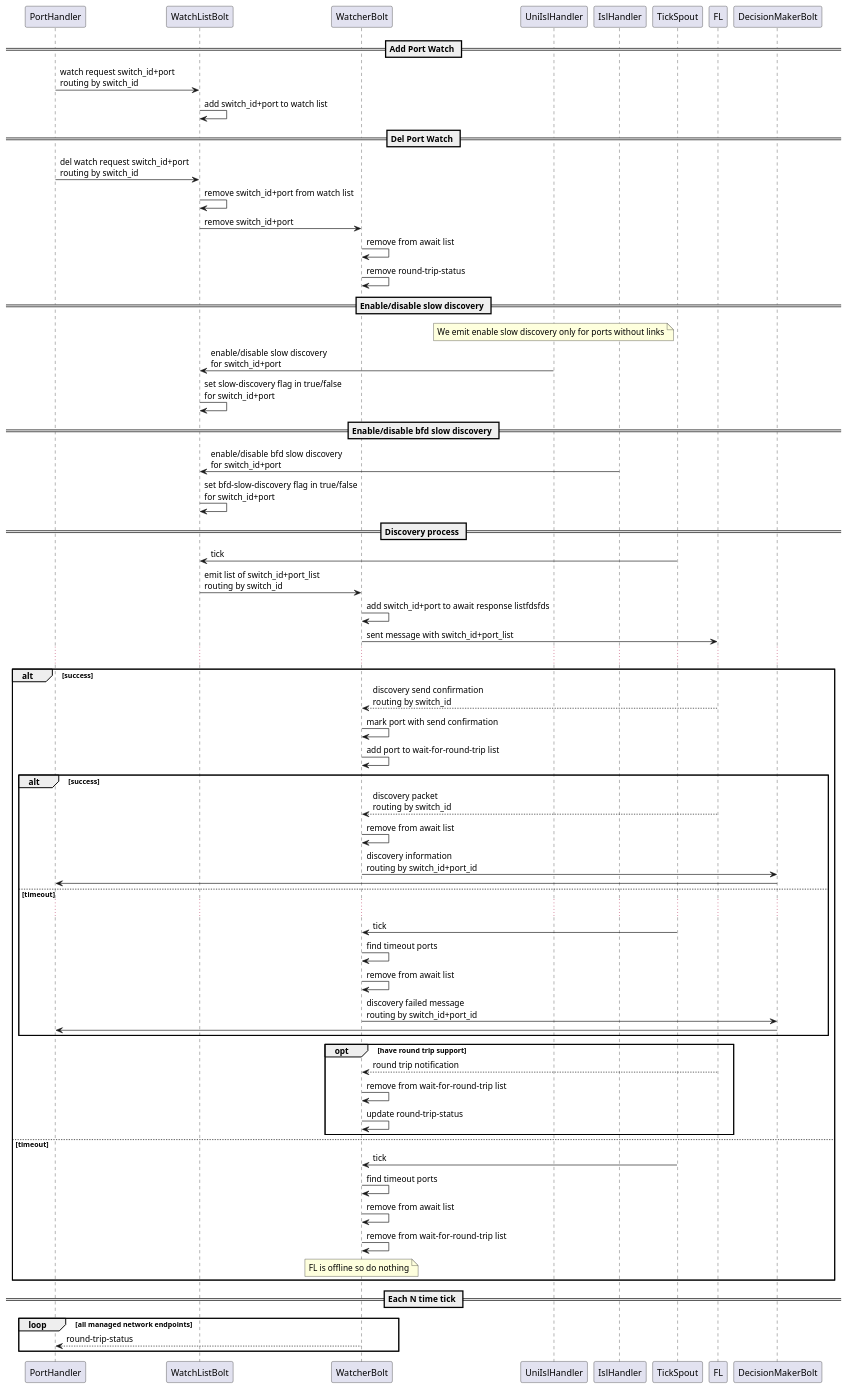
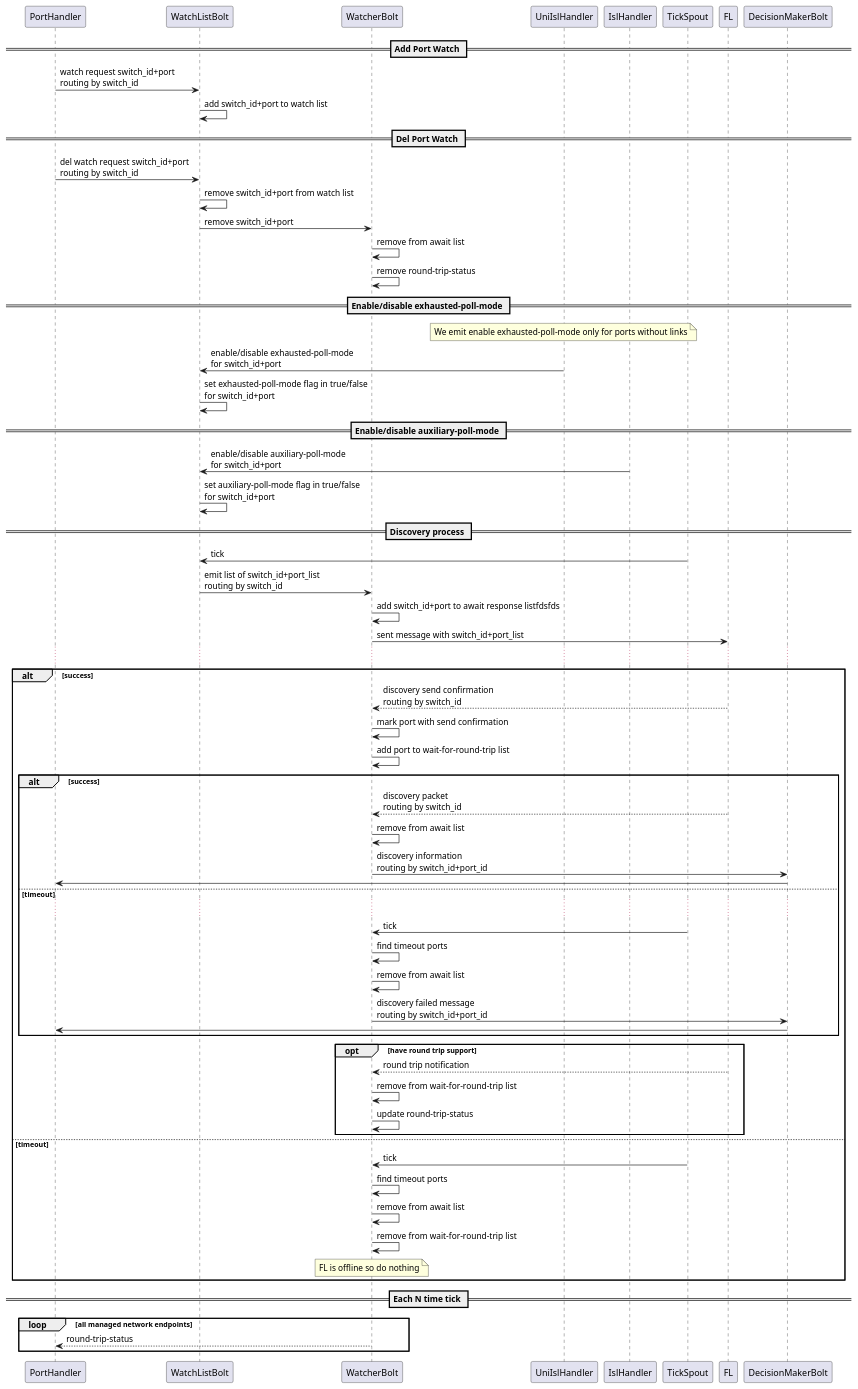
The diagram in docs/design/network-discovery/discovery-sequence.puml (telstra/open-kilda), drawn with PlantUML before and after one commit. The commit also changed 7 other files, not shown here.

```diff
--- a/docs/design/network-discovery/discovery-sequence.puml
+++ b/docs/design/network-discovery/discovery-sequence.puml
@@ -1,72 +1,72 @@
 @startuml
 
 == Add Port Watch ==
 PortHandler -> WatchListBolt: watch request switch_id+port\nrouting by switch_id
 WatchListBolt -> WatchListBolt: add switch_id+port to watch list
 
 == Del Port Watch ==
 PortHandler -> WatchListBolt: del watch request switch_id+port\nrouting by switch_id
 WatchListBolt -> WatchListBolt: remove switch_id+port from watch list
 WatchListBolt -> WatcherBolt: remove switch_id+port
 WatcherBolt -> WatcherBolt: remove from await list
 WatcherBolt -> WatcherBolt: remove round-trip-status
 
-== Enable/disable slow discovery ==
+== Enable/disable exhausted-poll-mode ==
 note over UniIslHandler
-	We emit enable slow discovery only for ports without links
+	We emit enable exhausted-poll-mode only for ports without links
 end note
-UniIslHandler -> WatchListBolt: enable/disable slow discovery\nfor switch_id+port
-WatchListBolt -> WatchListBolt: set slow-discovery flag in true/false\nfor switch_id+port
+UniIslHandler -> WatchListBolt: enable/disable exhausted-poll-mode\nfor switch_id+port
+WatchListBolt -> WatchListBolt: set exhausted-poll-mode flag in true/false\nfor switch_id+port
 
-== Enable/disable bfd slow discovery ==
-IslHandler -> WatchListBolt: enable/disable bfd slow discovery\nfor switch_id+port
-WatchListBolt -> WatchListBolt: set bfd-slow-discovery flag in true/false\nfor switch_id+port
+== Enable/disable auxiliary-poll-mode ==
+IslHandler -> WatchListBolt: enable/disable auxiliary-poll-mode\nfor switch_id+port
+WatchListBolt -> WatchListBolt: set auxiliary-poll-mode flag in true/false\nfor switch_id+port
 
 == Discovery process ==
 TickSpout -> WatchListBolt: tick
 WatchListBolt -> WatcherBolt: emit list of switch_id+port_list\nrouting by switch_id
 
 WatcherBolt -> WatcherBolt: add switch_id+port to await response listfdsfds
 WatcherBolt -> FL: sent message with switch_id+port_list
 ...
 alt success
 FL --> WatcherBolt: discovery send confirmation\nrouting by switch_id
 WatcherBolt -> WatcherBolt: mark port with send confirmation
 WatcherBolt -> WatcherBolt: add port to wait-for-round-trip list
     alt success
     FL --> WatcherBolt: discovery packet\nrouting by switch_id
     WatcherBolt -> WatcherBolt: remove from await list
     WatcherBolt -> DecisionMakerBolt: discovery information\nrouting by switch_id+port_id
     DecisionMakerBolt -> PortHandler
 
     else timeout
     ...
     TickSpout -> WatcherBolt: tick
     WatcherBolt -> WatcherBolt: find timeout ports
     WatcherBolt -> WatcherBolt: remove from await list
     WatcherBolt -> DecisionMakerBolt: discovery failed message\nrouting by switch_id+port_id
     DecisionMakerBolt -> PortHandler
     end alt
 
     opt have round trip support
         FL --> WatcherBolt: round trip notification
         WatcherBolt -> WatcherBolt: remove from wait-for-round-trip list
         WatcherBolt -> WatcherBolt: update round-trip-status
     end opt
 else timeout
 TickSpout -> WatcherBolt: tick
 WatcherBolt -> WatcherBolt: find timeout ports
 WatcherBolt -> WatcherBolt: remove from await list
 WatcherBolt -> WatcherBolt: remove from wait-for-round-trip list
 note over WatcherBolt
 	FL is offline so do nothing
 end note
 
 end
 
 == Each N time tick ==
 loop all managed network endpoints
     WatcherBolt --> PortHandler: round-trip-status
 end loop
 
 @enduml
```
